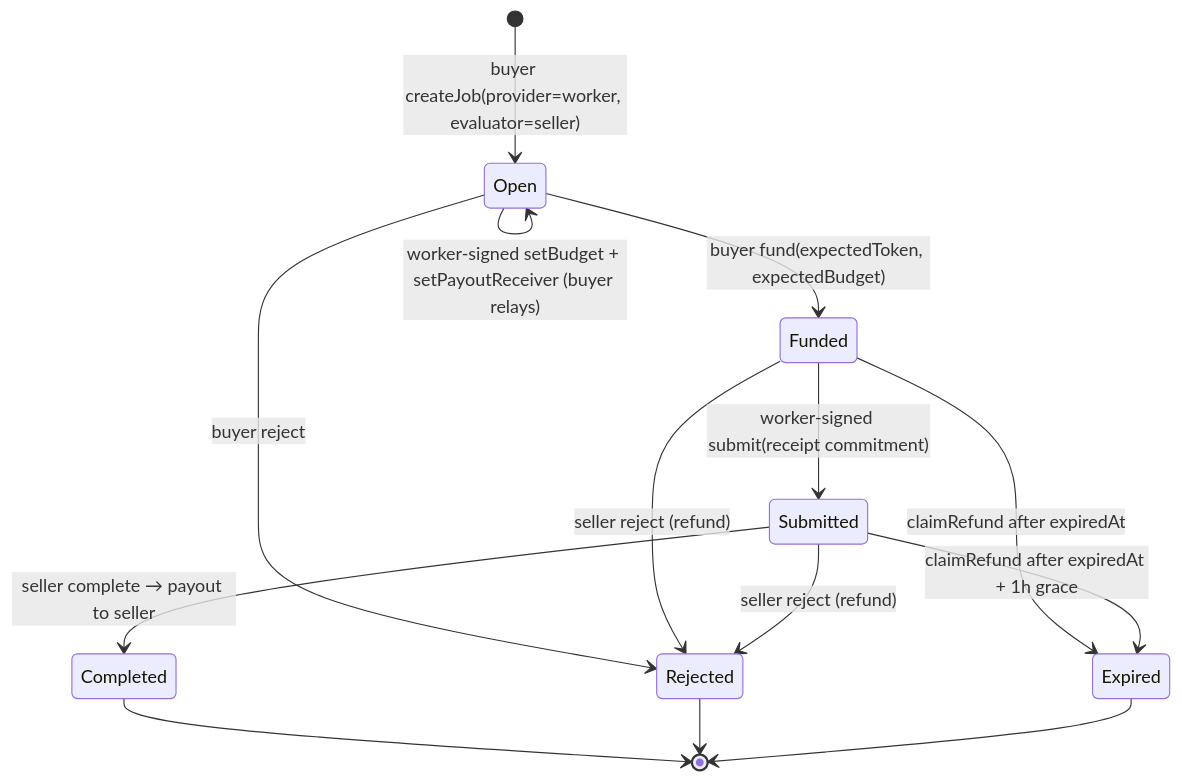
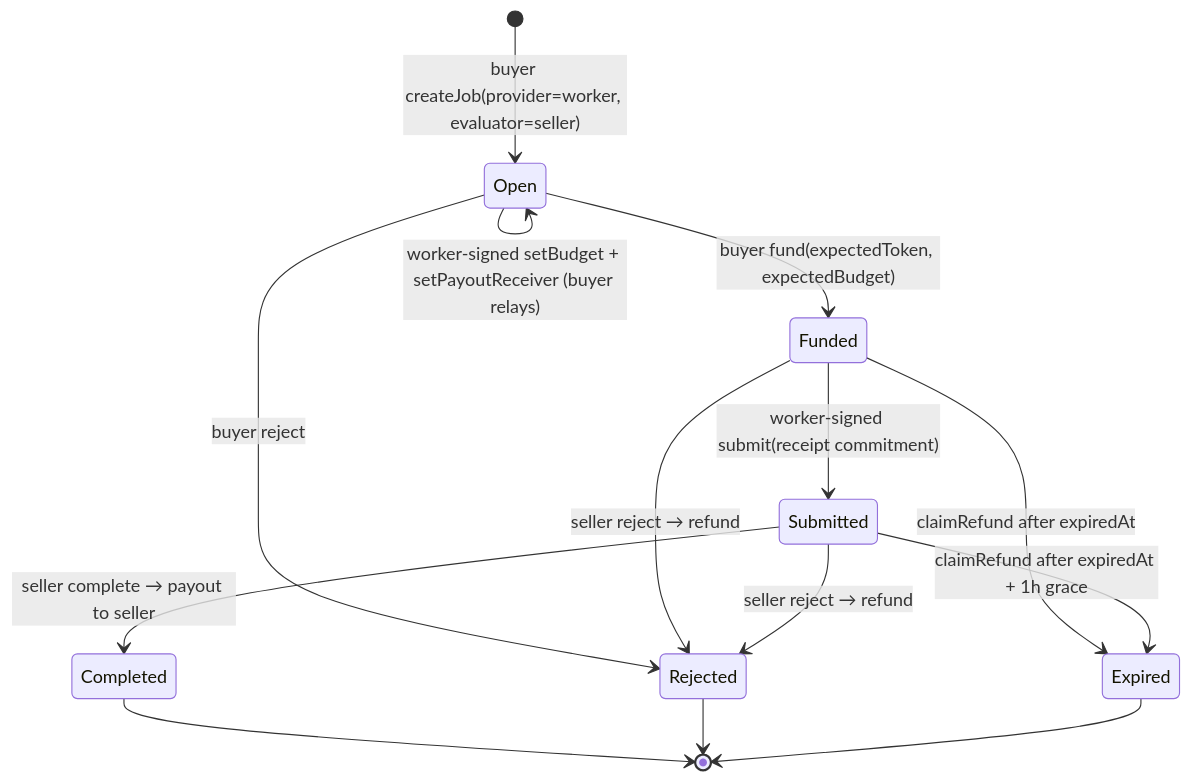
Before and after one commit to Soni-Shivam/Pivot_HTE: the ninth of 16 diagrams in docs/ARCHITECTURE.md, drawn with Mermaid. The commit also changed other lines of this file and 7 other files, not shown here.

````diff
--- a/docs/ARCHITECTURE.md
+++ b/docs/ARCHITECTURE.md
@@ -255,16 +250,16 @@
 ```mermaid
 stateDiagram-v2
     [*] --> Open: buyer createJob(provider=worker, evaluator=seller)
     Open --> Open: worker-signed setBudget + setPayoutReceiver (buyer relays)
     Open --> Funded: buyer fund(expectedToken, expectedBudget)
     Open --> Rejected: buyer reject
     Funded --> Submitted: worker-signed submit(receipt commitment)
-    Funded --> Rejected: seller reject (refund)
+    Funded --> Rejected: seller reject → refund
     Funded --> Expired: claimRefund after expiredAt
     Submitted --> Completed: seller complete → payout to seller
-    Submitted --> Rejected: seller reject (refund)
+    Submitted --> Rejected: seller reject → refund
     Submitted --> Expired: claimRefund after expiredAt + 1h grace
     Completed --> [*]
     Rejected --> [*]
     Expired --> [*]
 ```
````
